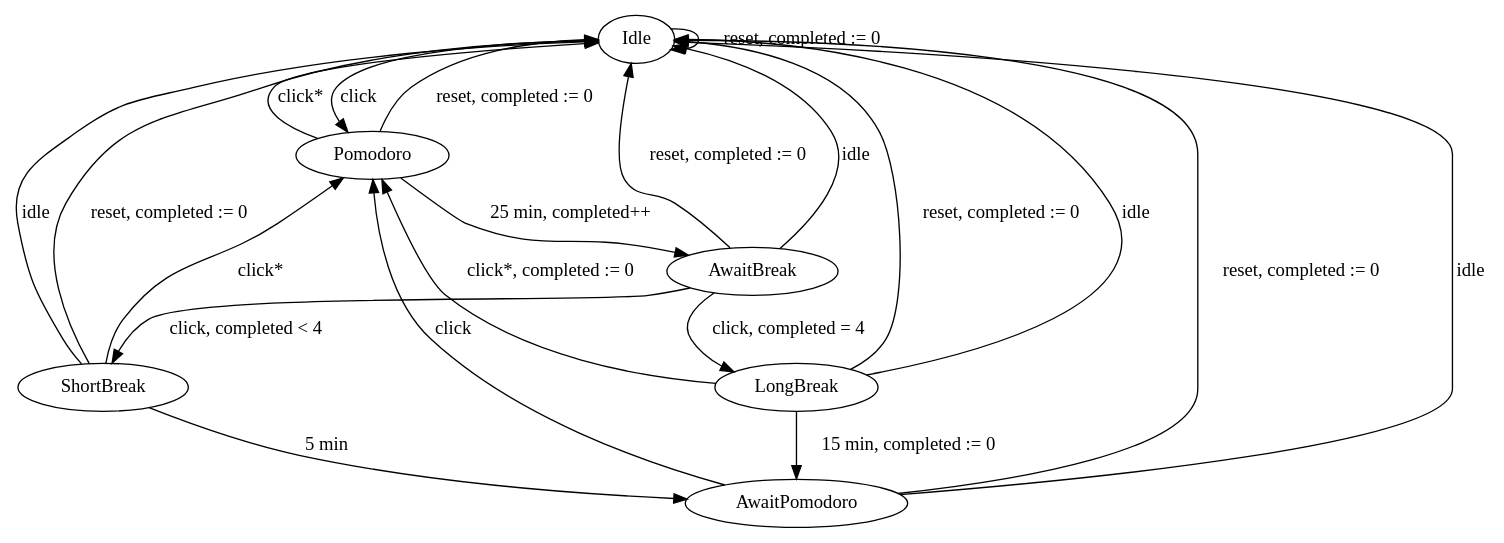
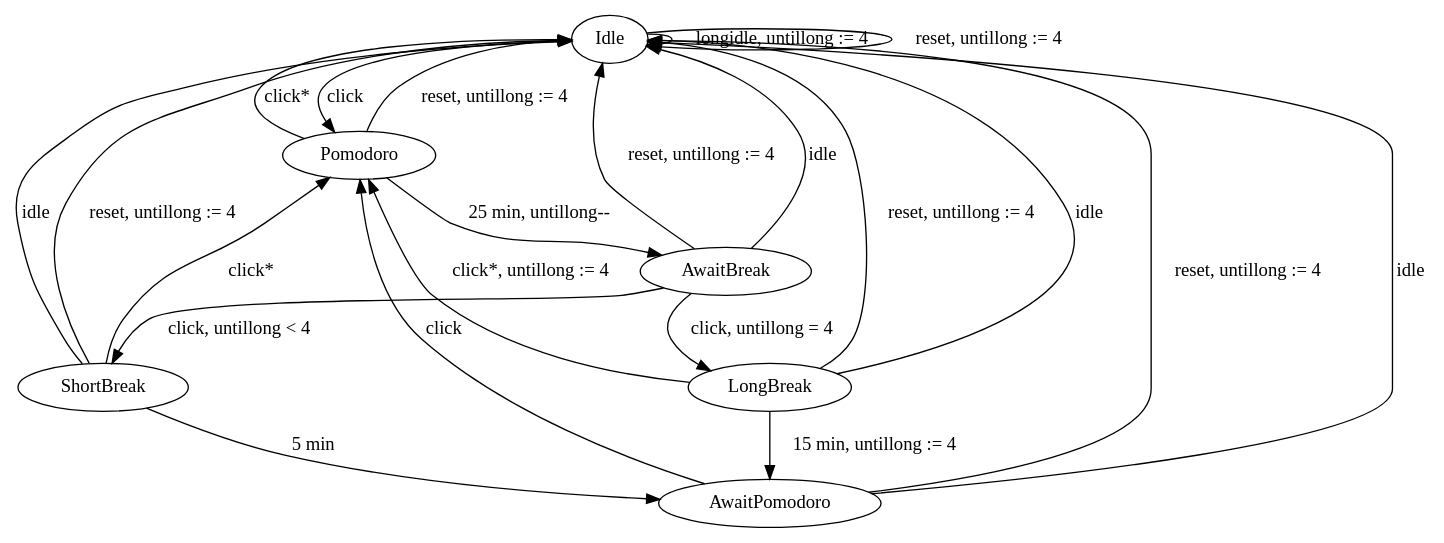
One commit to bram85/QTomato changed the diagram in doc/timer-states.gv. Above: the diagram before and after it, drawn with Graphviz. The commit also changed 1 other file, not shown here.

Commit message:
Update state diagram according to latest changes.

```diff
--- a/doc/timer-states.gv
+++ b/doc/timer-states.gv
@@ -1,39 +1,40 @@
 digraph {
   "Idle";
   "Pomodoro";
   "AwaitBreak";
 
   subgraph {
     rank = same;
     "ShortBreak";
     "LongBreak";
   }
 
   "AwaitPomodoro";
 
   Idle -> Pomodoro [ label = "click" ];
-  Idle -> Idle [ label = "reset, completed := 0" ];
+  Idle -> Idle [ label = "longidle, untillong := 4" ];
+  Idle -> Idle [ label = "reset, untillong := 4" ];
 
-  Pomodoro -> AwaitBreak [ label = "25 min, completed++" ];
-  Pomodoro -> Idle [ label = "reset, completed := 0" ];
+  Pomodoro -> AwaitBreak [ label = "25 min, untillong--" ];
+  Pomodoro -> Idle [ label = "reset, untillong := 4" ];
   Pomodoro -> Idle [ label = "click*" ];
 
-  AwaitBreak -> ShortBreak [ label = "click, completed < 4" ];
-  AwaitBreak -> LongBreak [ label = "click, completed = 4" ];
-  AwaitBreak -> Idle [ label = "reset, completed := 0" ];
+  AwaitBreak -> ShortBreak [ label = "click, untillong < 4" ];
+  AwaitBreak -> LongBreak [ label = "click, untillong = 4" ];
+  AwaitBreak -> Idle [ label = "reset, untillong := 4" ];
   AwaitBreak -> Idle [ label = "idle" ];
 
   ShortBreak -> AwaitPomodoro [ label = "5 min" ];
-  ShortBreak -> Idle [ label = "reset, completed := 0" ];
+  ShortBreak -> Idle [ label = "reset, untillong := 4" ];
   ShortBreak -> Pomodoro[ label = "click*"  ];
   ShortBreak -> Idle [ label="idle" ];
 
-  LongBreak -> AwaitPomodoro [ label = "15 min, completed := 0" ];
-  LongBreak -> Idle [ label = "reset, completed := 0" ];
-  LongBreak -> Pomodoro [ label = "click*, completed := 0" ];
+  LongBreak -> AwaitPomodoro [ label = "15 min, untillong := 4" ];
+  LongBreak -> Idle [ label = "reset, untillong := 4" ];
+  LongBreak -> Pomodoro [ label = "click*, untillong := 4" ];
   LongBreak -> Idle [ label="idle" ];
 
   AwaitPomodoro -> Pomodoro [ label = "click" ];
-  AwaitPomodoro -> Idle [ label = "reset, completed := 0" ];
+  AwaitPomodoro -> Idle [ label = "reset, untillong := 4" ];
   AwaitPomodoro -> Idle [ label = "idle" ];
 }
```
